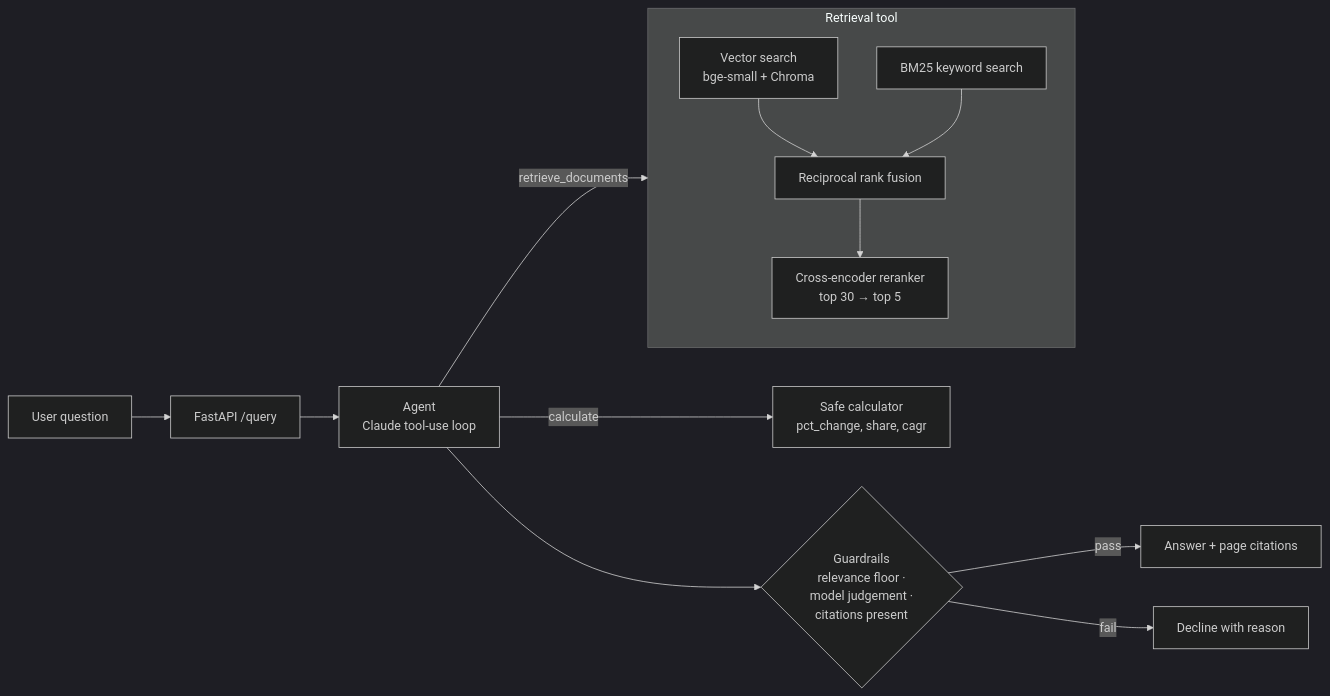
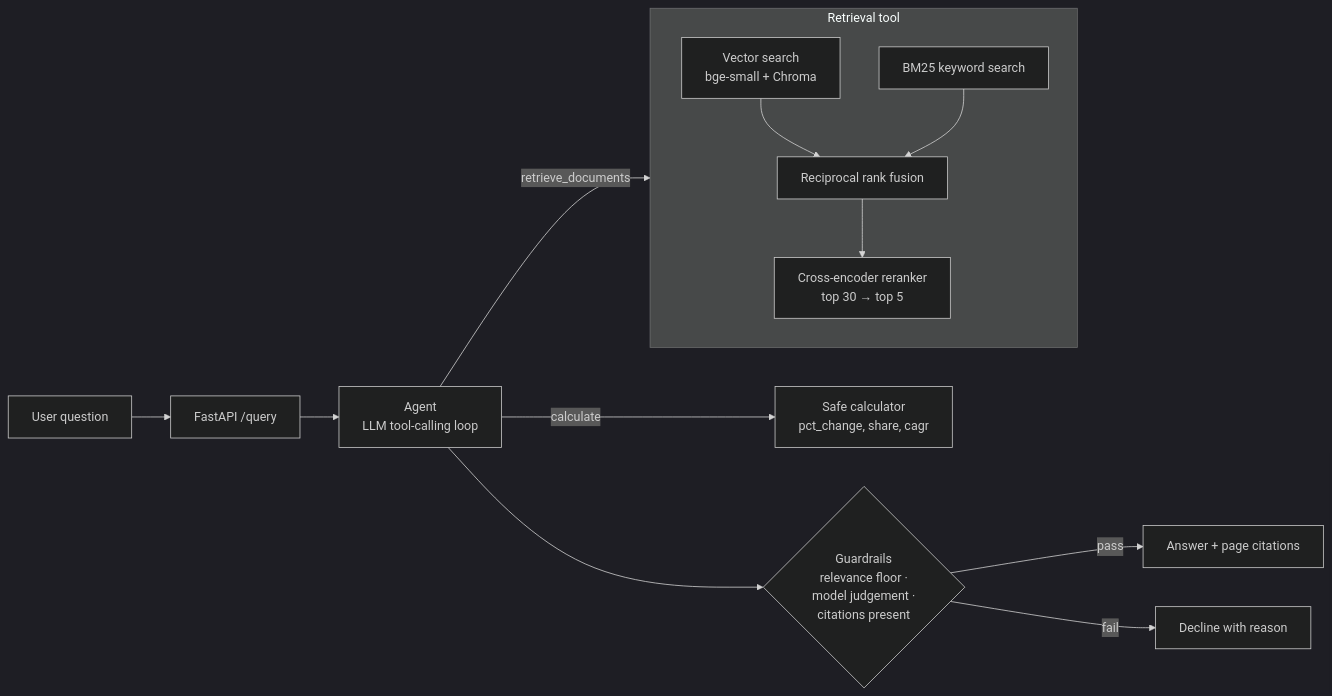
The diagram in README.md (Ohm-Kel/consulting-research-copilot), drawn with Mermaid (dark theme) before and after one commit. The commit also changed other lines of this file and 18 other files, not shown here.

````diff
--- a/README.md
+++ b/README.md
@@ -18,16 +18,16 @@
 ```mermaid
 flowchart LR
     Q[User question] --> API[FastAPI /query]
-    API --> A[Agent<br/>Claude tool-use loop]
+    API --> A[Agent<br/>LLM tool-calling loop]
     A -- retrieve_documents --> R
     A -- calculate --> C[Safe calculator<br/>pct_change, share, cagr]
     subgraph R [Retrieval tool]
         direction TB
         V[Vector search<br/>bge-small + Chroma] --> F[Reciprocal rank fusion]
         B[BM25 keyword search] --> F
         F --> X[Cross-encoder reranker<br/>top 30 → top 5]
     end
     A --> G{Guardrails<br/>relevance floor ·<br/>model judgement ·<br/>citations present}
     G -- pass --> OK[Answer + page citations]
     G -- fail --> D[Decline with reason]
 ```
````
